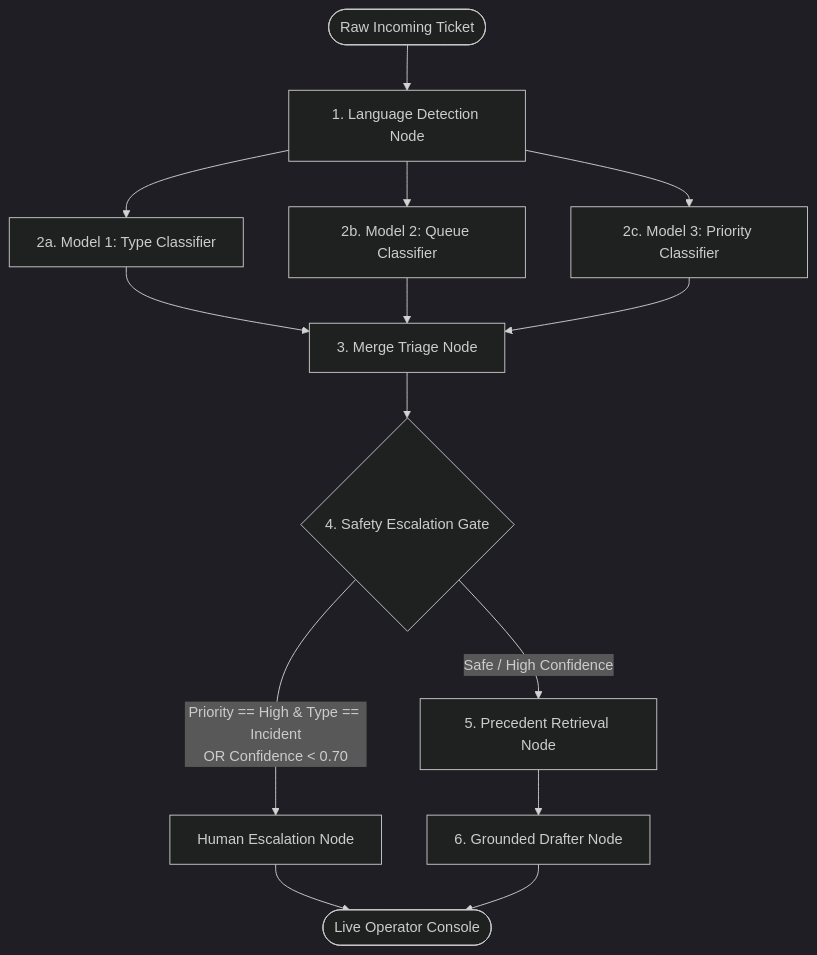
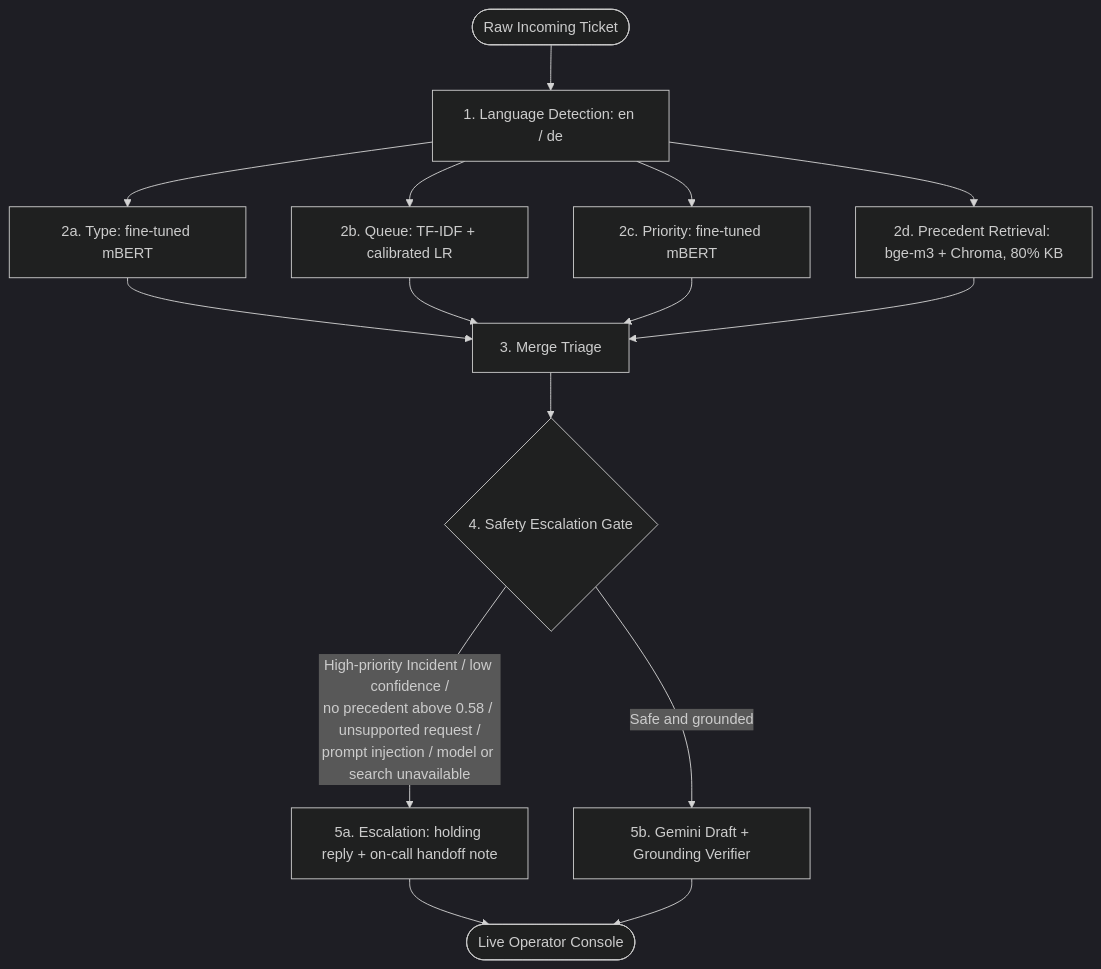
Before and after one commit to srivatsav1998/SentinelDesk: the diagram in README.md, drawn with Mermaid (dark theme). The commit also changed other lines of this file and 6 other files, not shown here.

````diff
--- a/README.md
+++ b/README.md
@@ -25,22 +26,22 @@
 ```mermaid
 flowchart TD
-    Start([Raw Incoming Ticket]) --> Detect[1. Language Detection Node]
-    
-    Detect --> C_Type[2a. Model 1: Type Classifier]
-    Detect --> C_Queue[2b. Model 2: Queue Classifier]
-    Detect --> C_Priority[2c. Model 3: Priority Classifier]
+    Start([Raw Incoming Ticket]) --> Detect[1. Language Detection: en / de]
 
-    C_Type --> Merge[3. Merge Triage Node]
+    Detect --> C_Type[2a. Type: fine-tuned mBERT]
+    Detect --> C_Queue[2b. Queue: TF-IDF + calibrated LR]
+    Detect --> C_Priority[2c. Priority: fine-tuned mBERT]
+    Detect --> RAG[2d. Precedent Retrieval: bge-m3 + Chroma, 80% KB]
+
+    C_Type --> Merge[3. Merge Triage]
     C_Queue --> Merge
     C_Priority --> Merge
+    RAG --> Merge
 
     Merge --> Gate{4. Safety Escalation Gate}
 
-    Gate -- "Priority == High & Type == Incident<br/>OR Confidence < 0.70" --> Escalate[Human Escalation Node]
-    Gate -- "Safe / High Confidence" --> RAG[5. Precedent Retrieval Node]
-
-    RAG --> Drafter[6. Grounded Drafter Node]
+    Gate -- "High-priority Incident / low confidence /<br/>no precedent above 0.58 / unsupported request /<br/>prompt injection / model or search unavailable" --> Escalate[5a. Escalation: holding reply + on-call handoff note]
+    Gate -- "Safe and grounded" --> Drafter[5b. Gemini Draft + Grounding Verifier]
 
     Escalate --> UI([Live Operator Console])
     Drafter --> UI
 ```
````
